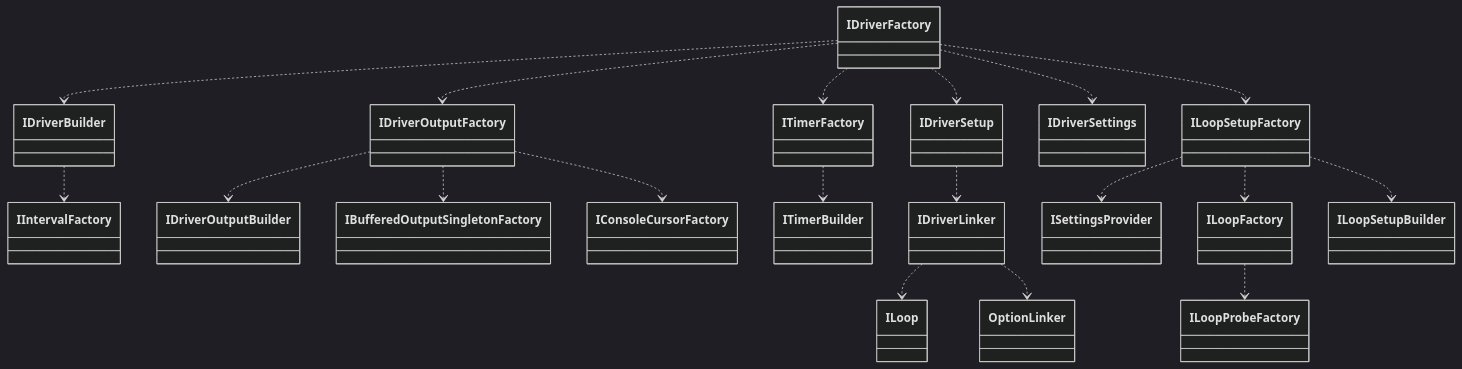
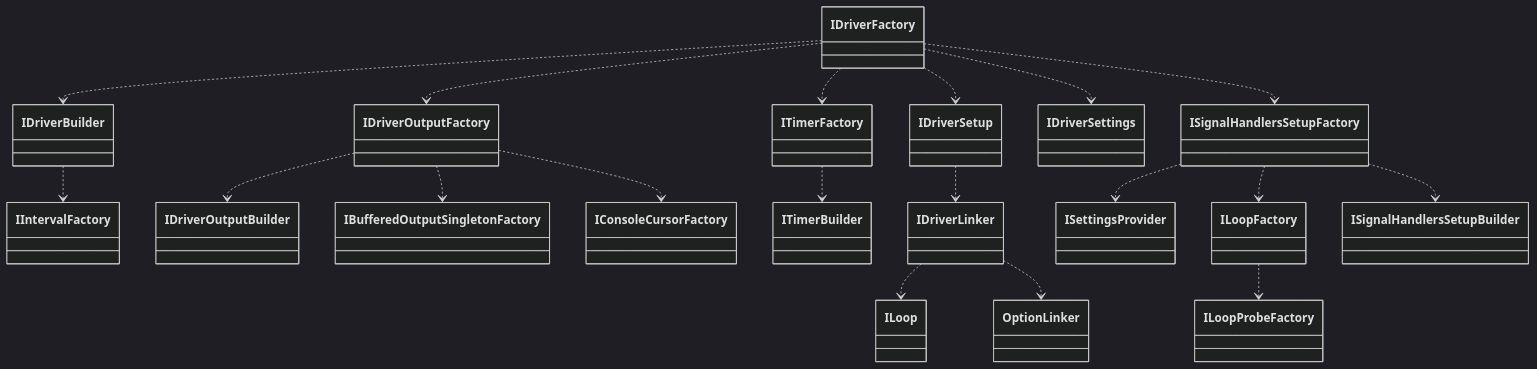
One commit to alecrabbit/php-console-spinner changed the third of 4 diagrams in doc/info/chart/services.md. Above: the diagram before and after it, drawn with Mermaid (dark theme). The commit also changed 16 other files, not shown here.

Commit message:
~renameto SignalHandlersSetup

````diff
--- a/doc/info/chart/services.md
+++ b/doc/info/chart/services.md
@@ -72,30 +72,30 @@
 ```mermaid
 classDiagram
     direction TB
     IDriverFactory ..> IDriverBuilder
     IDriverFactory ..> IDriverOutputFactory
     IDriverFactory ..> ITimerFactory
     IDriverFactory ..> IDriverSetup
     IDriverFactory ..> IDriverSettings
-    IDriverFactory ..> ILoopSetupFactory
+    IDriverFactory ..> ISignalHandlersSetupFactory
     
     IDriverBuilder ..> IIntervalFactory
     
-    ILoopSetupFactory ..> ISettingsProvider
-    ILoopSetupFactory ..> ILoopFactory
-    ILoopSetupFactory ..> ILoopSetupBuilder
+    ISignalHandlersSetupFactory ..> ISettingsProvider
+    ISignalHandlersSetupFactory ..> ILoopFactory
+    ISignalHandlersSetupFactory ..> ISignalHandlersSetupBuilder
     
     IDriverOutputFactory ..> IDriverOutputBuilder
     IDriverOutputFactory ..> IBufferedOutputSingletonFactory
     IDriverOutputFactory ..> IConsoleCursorFactory
 
     ITimerFactory ..> ITimerBuilder
     
     IDriverSetup ..> IDriverLinker
     
     IDriverLinker ..> ILoop
     IDriverLinker ..> OptionLinker
 
     ILoopFactory ..> ILoopProbeFactory
 
 ```
````
